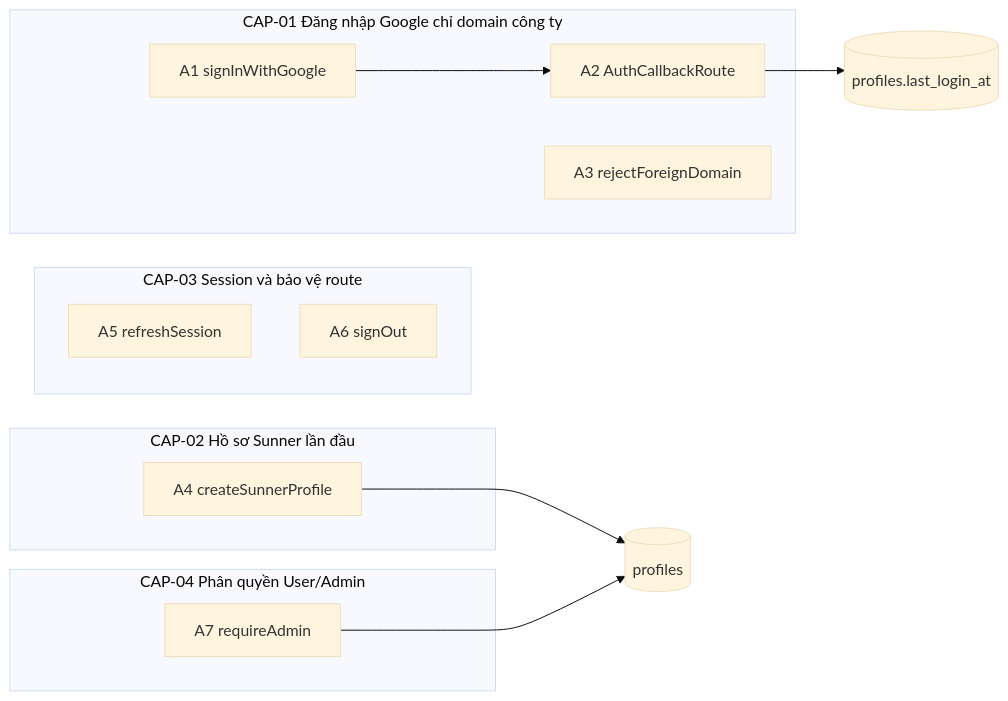
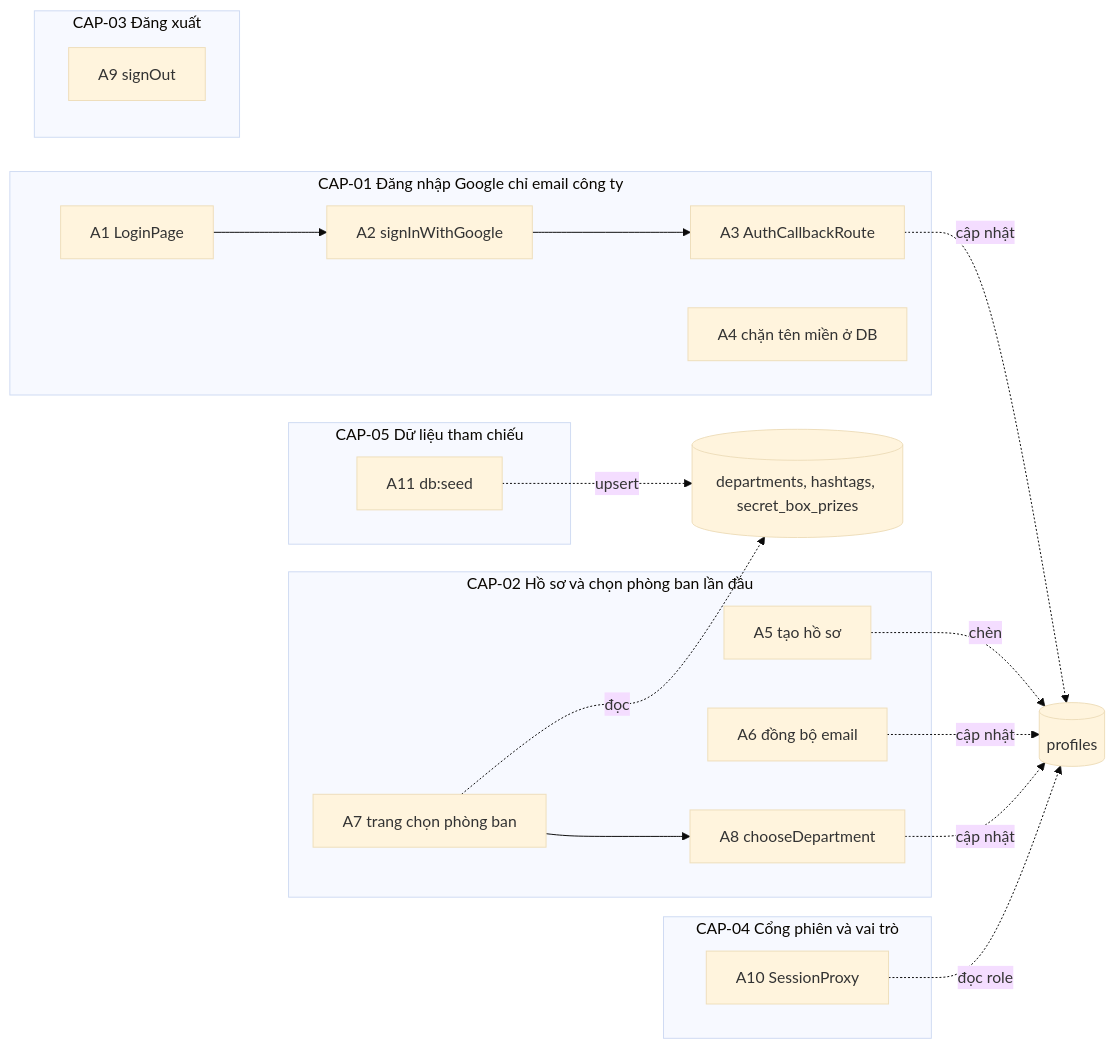
One commit to hailv-3571/agentic-coding-hands-on changed the first of 7 diagrams in docs/features/F001_Auth/technical-spec.md. Above: the diagram before and after it, drawn with Mermaid (base theme). The commit also changed other lines of this file and 250 other files, not shown here.

````diff
--- a/docs/features/F001_Auth/technical-spec.md
+++ b/docs/features/F001_Auth/technical-spec.md
@@ -23,20 +22,29 @@
 ```mermaid
 flowchart LR
-    subgraph CAP01["CAP-01 Đăng nhập Google chỉ domain công ty"]
-        A1["A1 signInWithGoogle"] --> A2["A2 AuthCallbackRoute"]
-        A3["A3 rejectForeignDomain"]
+    subgraph CAP01["CAP-01 Đăng nhập Google chỉ email công ty"]
+        A1["A1 LoginPage"] --> A2["A2 signInWithGoogle"]
+        A2 --> A3["A3 AuthCallbackRoute"]
+        A4["A4 chặn tên miền ở DB"]
     end
-    subgraph CAP02["CAP-02 Hồ sơ Sunner lần đầu"]
-        A4["A4 createSunnerProfile"]
+    subgraph CAP02["CAP-02 Hồ sơ và chọn phòng ban lần đầu"]
+        A5["A5 tạo hồ sơ"]
+        A6["A6 đồng bộ email"]
+        A7["A7 trang chọn phòng ban"] --> A8["A8 chooseDepartment"]
     end
-    subgraph CAP03["CAP-03 Session và bảo vệ route"]
-        A5["A5 refreshSession"]
-        A6["A6 signOut"]
+    subgraph CAP03["CAP-03 Đăng xuất"]
+        A9["A9 signOut"]
     end
-    subgraph CAP04["CAP-04 Phân quyền User/Admin"]
-        A7["A7 requireAdmin"]
+    subgraph CAP04["CAP-04 Cổng phiên và vai trò"]
+        A10["A10 SessionProxy"]
     end
-    A2 --> T1[("profiles.last_login_at")]
-    A4 --> T2[("profiles")]
-    A7 --> T2
+    subgraph CAP05["CAP-05 Dữ liệu tham chiếu"]
+        A11["A11 db:seed"]
+    end
+    A3 -. cập nhật .-> T1[("profiles")]
+    A5 -. chèn .-> T1
+    A6 -. cập nhật .-> T1
+    A8 -. cập nhật .-> T1
+    A10 -. đọc role .-> T1
+    A11 -. upsert .-> T2[("departments, hashtags, secret_box_prizes")]
+    A7 -. đọc .-> T2
 ```
````
